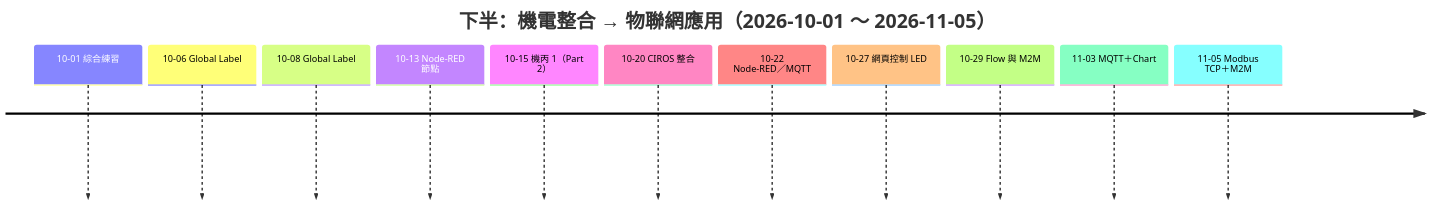
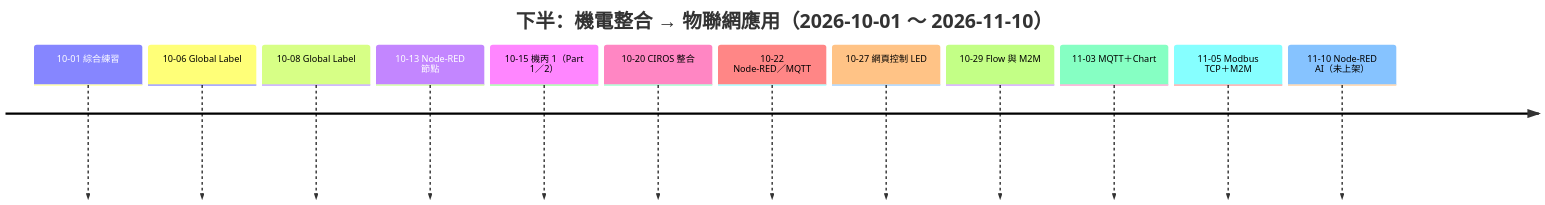
One commit to yd7148/INDUSTRY-4.0 changed the fifth of 6 diagrams in README.md. Above: the diagram before and after it, drawn with Mermaid. The commit also changed other lines of this file and 2 other files, not shown here.

First line of the commit message:
Update README, course map and timeline for Class-24

````diff
--- a/README.md
+++ b/README.md
@@ -201,15 +216,16 @@
 ```mermaid
 timeline
-    title 下半：機電整合 → 物聯網應用（2026-10-01 ～ 2026-11-05）
+    title 下半：機電整合 → 物聯網應用（2026-10-01 ～ 2026-11-10）
     10-01 綜合練習
     10-06 Global Label
     10-08 Global Label
     10-13 Node-RED 節點
-    10-15 機丙 1（Part 2）
+    10-15 機丙 1（Part 1／2）
     10-20 CIROS 整合
     10-22 Node-RED／MQTT
     10-27 網頁控制 LED
     10-29 Flow 與 M2M
     11-03 MQTT＋Chart
     11-05 Modbus TCP＋M2M
+    11-10 Node-RED AI（未上架）
 ```
````
